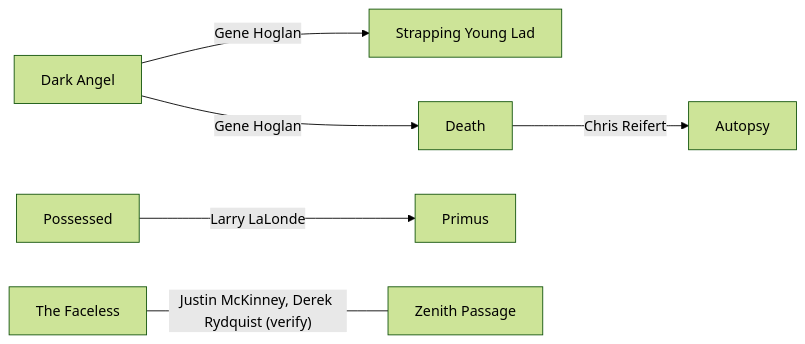
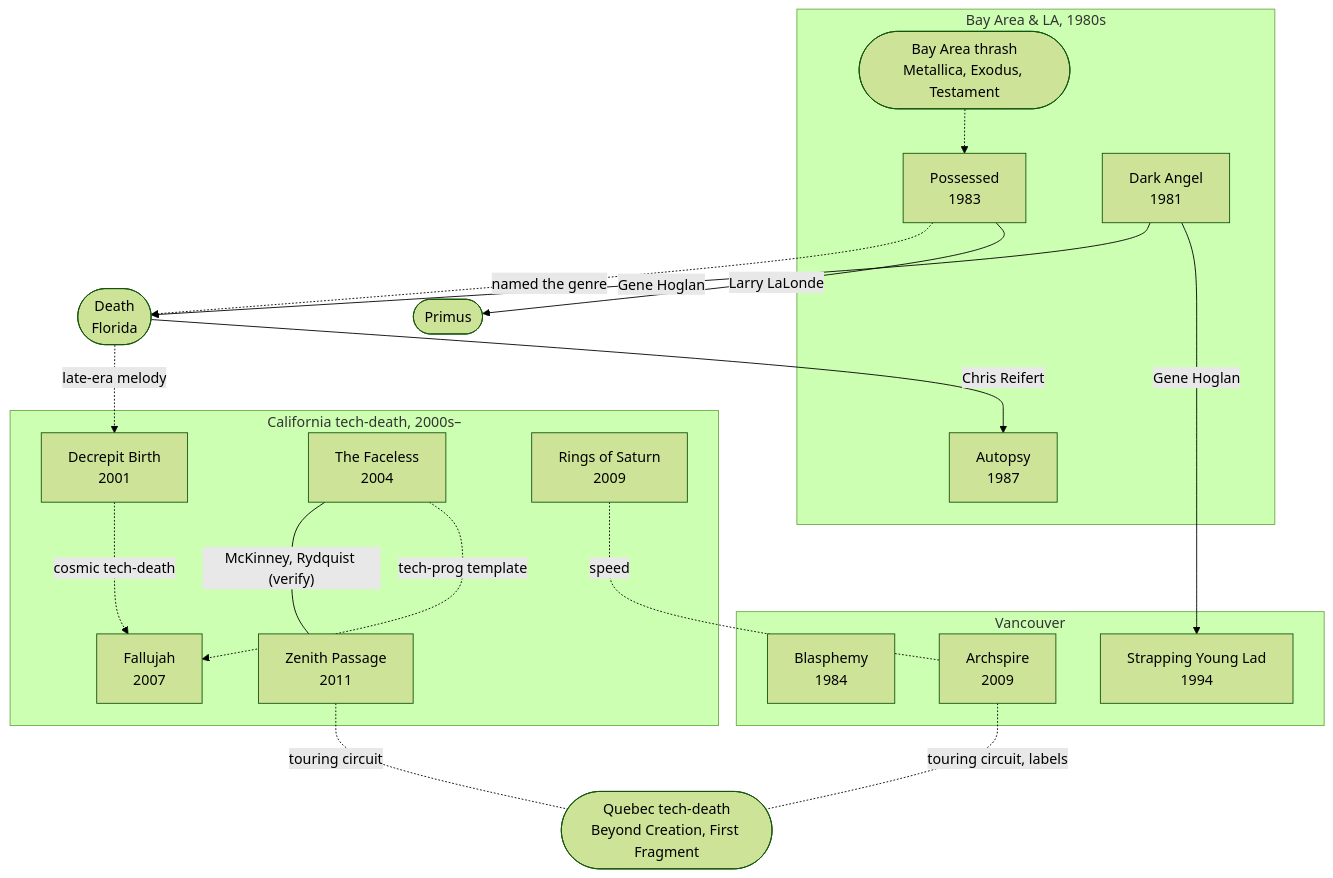
One commit to zrrbite/music-scenes changed the diagram in west-coast/connections.md. Above: the diagram before and after it, drawn with Mermaid (forest theme). The commit also changed other lines of this file and 15 other files, not shown here.

````diff
--- a/west-coast/connections.md
+++ b/west-coast/connections.md
@@ -32,8 +8,38 @@
 ```mermaid
-flowchart LR
-    DA[Dark Angel] -- "Gene Hoglan" --> SYL[Strapping Young Lad]
-    DEATH[Death] -- "Chris Reifert" --> AUT[Autopsy]
+flowchart TD
+    subgraph BAY["Bay Area & LA, 1980s"]
+        THR(["Bay Area thrash<br/>Metallica, Exodus, Testament"])
+        POS["Possessed<br/>1983"]
+        DA["Dark Angel<br/>1981"]
+        AUT["Autopsy<br/>1987"]
+    end
+    DEATH(["Death<br/>Florida"])
+    PRI(["Primus"])
+    subgraph VAN["Vancouver"]
+        BLAS["Blasphemy<br/>1984"]
+        SYL["Strapping Young Lad<br/>1994"]
+        ARCH["Archspire<br/>2009"]
+    end
+    subgraph CAL["California tech-death, 2000s–"]
+        DB["Decrepit Birth<br/>2001"]
+        TF["The Faceless<br/>2004"]
+        FAL["Fallujah<br/>2007"]
+        ROS["Rings of Saturn<br/>2009"]
+        ZP["Zenith Passage<br/>2011"]
+    end
+    QC(["Quebec tech-death<br/>Beyond Creation, First Fragment"])
+
+    THR -.-> POS
+    POS -. "named the genre" .-> DEATH
+    POS -- "Larry LaLonde" --> PRI
+    DEATH -- "Chris Reifert" --> AUT
     DA -- "Gene Hoglan" --> DEATH
-    POS[Possessed] -- "Larry LaLonde" --> PRI[Primus]
-    TF[The Faceless] -- "Justin McKinney, Derek Rydquist (verify)" --- ZP[Zenith Passage]
+    DA -- "Gene Hoglan" --> SYL
+    DEATH -. "late-era melody" .-> DB
+    TF -- "McKinney, Rydquist (verify)" --- ZP
+    TF -. "tech-prog template" .-> FAL
+    DB -. "cosmic tech-death" .-> FAL
+    ARCH -. "touring circuit, labels" .- QC
+    ZP -. "touring circuit" .- QC
+    ROS -. "speed" .- ARCH
 ```
````
